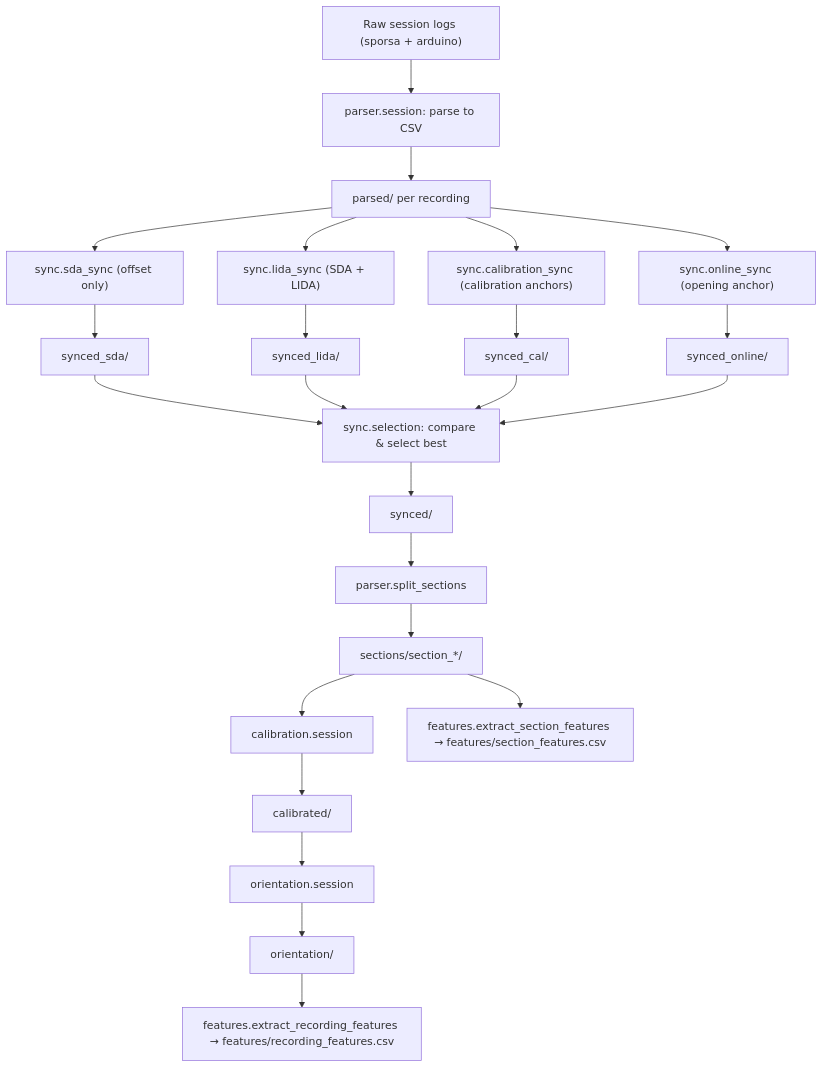
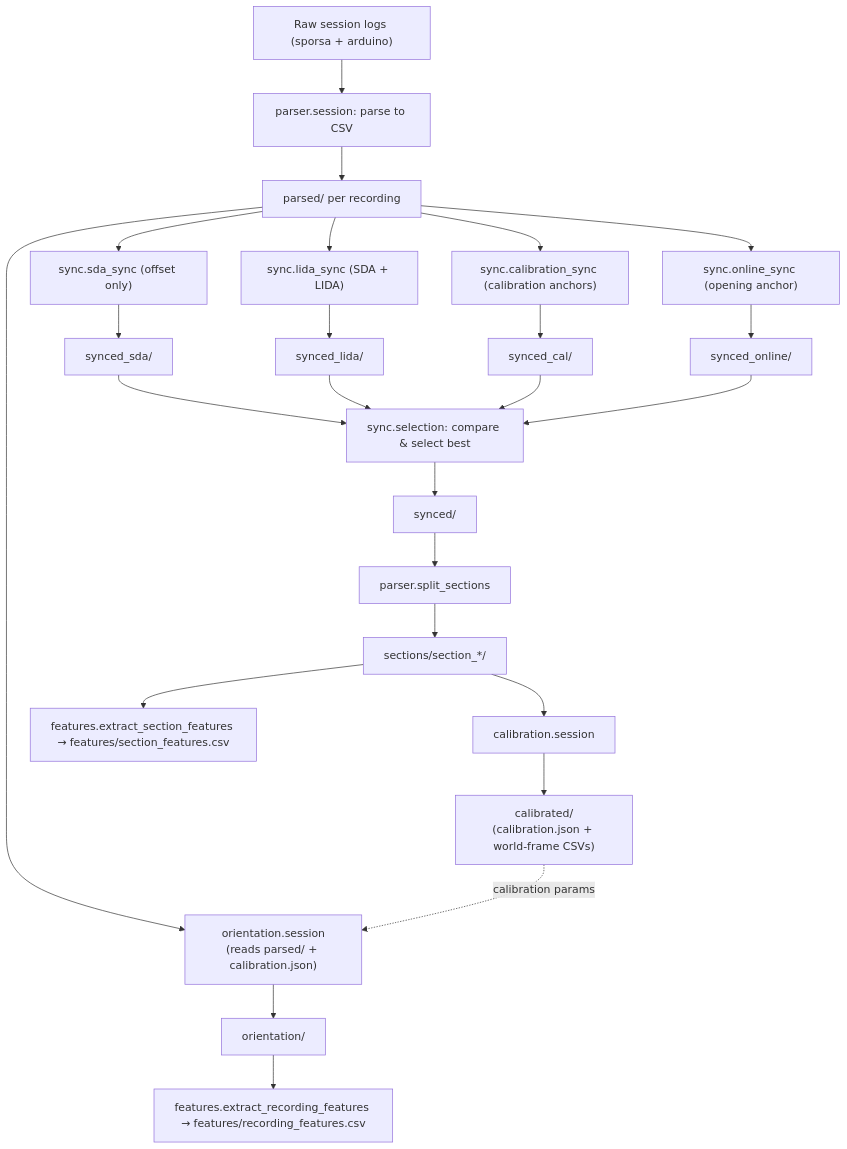
Before and after one commit to xanderdurieux/multi-imu: the diagram in analysis/README.md, drawn with Mermaid. The commit also changed other lines of this file and 3 other files, not shown here.

````diff
--- a/analysis/README.md
+++ b/analysis/README.md
@@ -520,23 +544,24 @@
 ```mermaid
 flowchart TD
   rawSession["Raw session logs (sporsa + arduino)"] --> parseSession["parser.session: parse to CSV"]
   parseSession --> parsedStage["parsed/ per recording"]
   parsedStage --> syncSDA["sync.sda_sync (offset only)"]
   parsedStage --> syncLIDA["sync.lida_sync (SDA + LIDA)"]
   parsedStage --> syncCal["sync.calibration_sync (calibration anchors)"]
   parsedStage --> syncOnline["sync.online_sync (opening anchor)"]
   syncSDA --> syncedSDA["synced_sda/"]
   syncLIDA --> syncedLida["synced_lida/"]
   syncCal --> syncedCal["synced_cal/"]
   syncOnline --> syncedOnline["synced_online/"]
   syncedSDA & syncedLida & syncedCal & syncedOnline --> selection["sync.selection: compare & select best"]
   selection --> syncedBest["synced/"]
   syncedBest --> splitSections["parser.split_sections"]
   splitSections --> sectionsStage["sections/section_*/"]
   sectionsStage --> calibrationStage["calibration.session"]
-  calibrationStage --> calibratedStage["calibrated/"]
-  calibratedStage --> orientationStage["orientation.session"]
+  calibrationStage --> calibratedStage["calibrated/\n(calibration.json + world-frame CSVs)"]
+  parsedStage --> orientationStage["orientation.session\n(reads parsed/ + calibration.json)"]
+  calibratedStage -. calibration params .-> orientationStage
   orientationStage --> orientationOut["orientation/"]
   orientationOut --> featuresRec["features.extract_recording_features → features/recording_features.csv"]
   sectionsStage --> featuresSec["features.extract_section_features → features/section_features.csv"]
 ```
````
